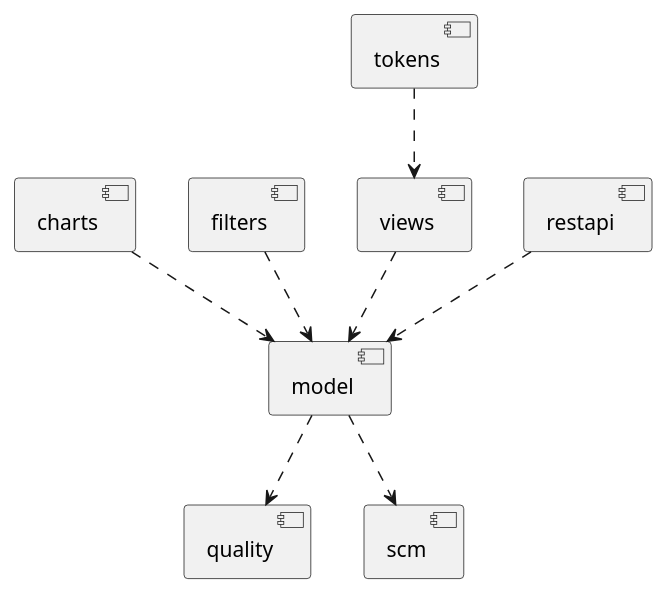
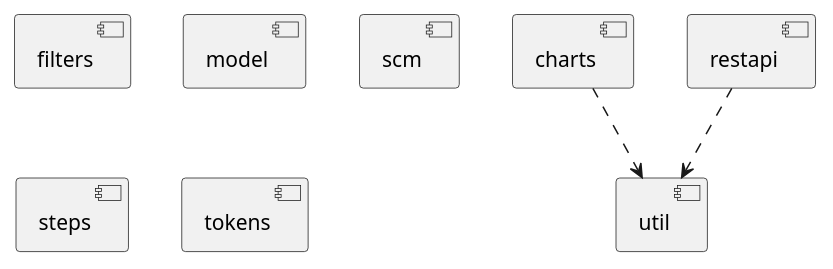
The diagram in doc/design.puml (jenkinsci/warnings-ng-plugin), drawn with PlantUML before and after one commit. The commit also changed 21 other files, not shown here.

```diff
--- a/doc/design.puml
+++ b/doc/design.puml
@@ -1,23 +1,15 @@
 @startuml
 
 component "charts"
 component "filters"
 component "model"
-component "views"
-component "quality"
 component "restapi"
+component "scm"
+component "steps"
+component "tokens"
+component "util"
 
-component "scm"
-component "tokens"
-
-charts ..> model
-filters ..> model
-views ..> model
-restapi ..> model
-
-model ..> scm
-model ..> quality
-
-tokens ..> views
+charts ..> util
+restapi ..> util
 
 @enduml
```
